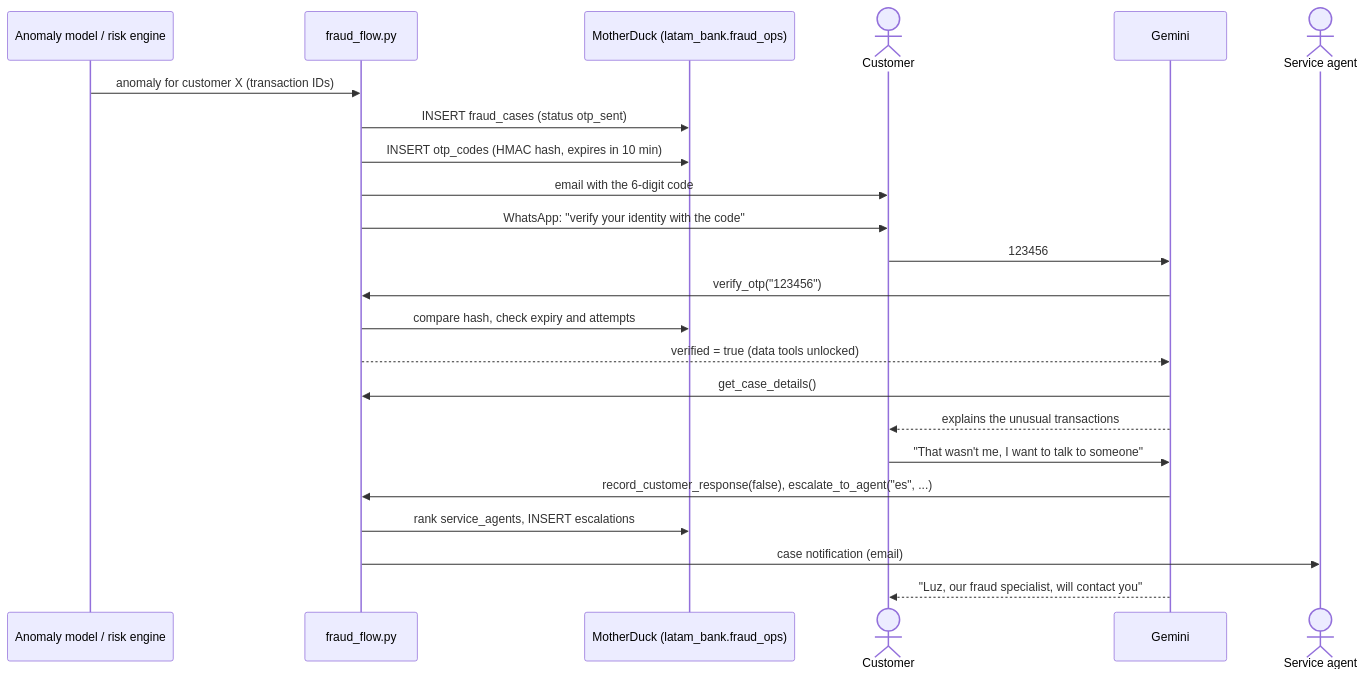
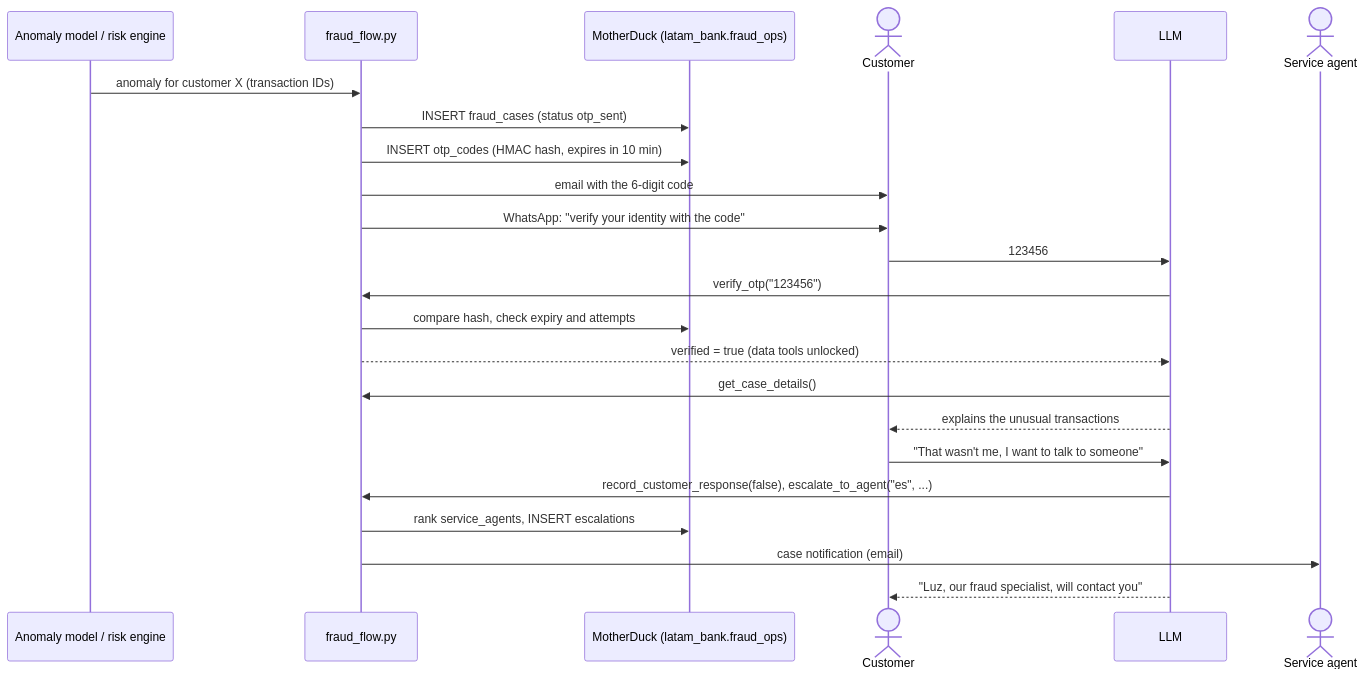
Before and after one commit to algirldos/factored-hackathon-2026--TM-: the third of 3 diagrams in README.md, drawn with Mermaid. The commit also changed other lines of this file and 32 other files, not shown here.

````diff
--- a/README.md
+++ b/README.md
@@ -203,26 +221,26 @@
 ```mermaid
 sequenceDiagram
     participant Model as Anomaly model / risk engine
     participant Flow as fraud_flow.py
     participant DB as MotherDuck (latam_bank.fraud_ops)
     actor Customer
-    participant Gemini
+    participant LLM
     actor Agent as Service agent
 
     Model->>Flow: anomaly for customer X (transaction IDs)
     Flow->>DB: INSERT fraud_cases (status otp_sent)
     Flow->>DB: INSERT otp_codes (HMAC hash, expires in 10 min)
     Flow->>Customer: email with the 6-digit code
     Flow->>Customer: WhatsApp: "verify your identity with the code"
-    Customer->>Gemini: 123456
-    Gemini->>Flow: verify_otp("123456")
+    Customer->>LLM: 123456
+    LLM->>Flow: verify_otp("123456")
     Flow->>DB: compare hash, check expiry and attempts
-    Flow-->>Gemini: verified = true (data tools unlocked)
-    Gemini->>Flow: get_case_details()
-    Gemini-->>Customer: explains the unusual transactions
-    Customer->>Gemini: "That wasn't me, I want to talk to someone"
-    Gemini->>Flow: record_customer_response(false), escalate_to_agent("es", ...)
+    Flow-->>LLM: verified = true (data tools unlocked)
+    LLM->>Flow: get_case_details()
+    LLM-->>Customer: explains the unusual transactions
+    Customer->>LLM: "That wasn't me, I want to talk to someone"
+    LLM->>Flow: record_customer_response(false), escalate_to_agent("es", ...)
     Flow->>DB: rank service_agents, INSERT escalations
     Flow->>Agent: case notification (email)
-    Gemini-->>Customer: "Luz, our fraud specialist, will contact you"
+    LLM-->>Customer: "Luz, our fraud specialist, will contact you"
 ```
````
